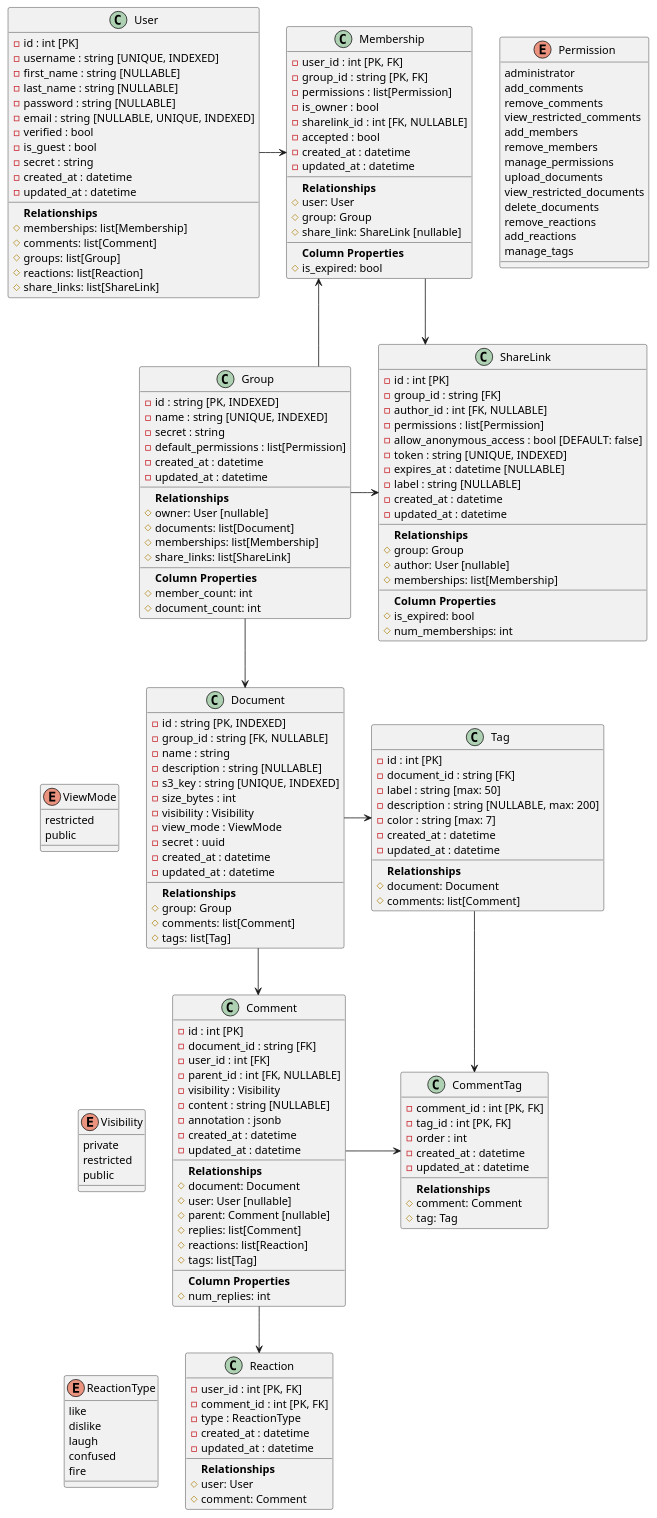
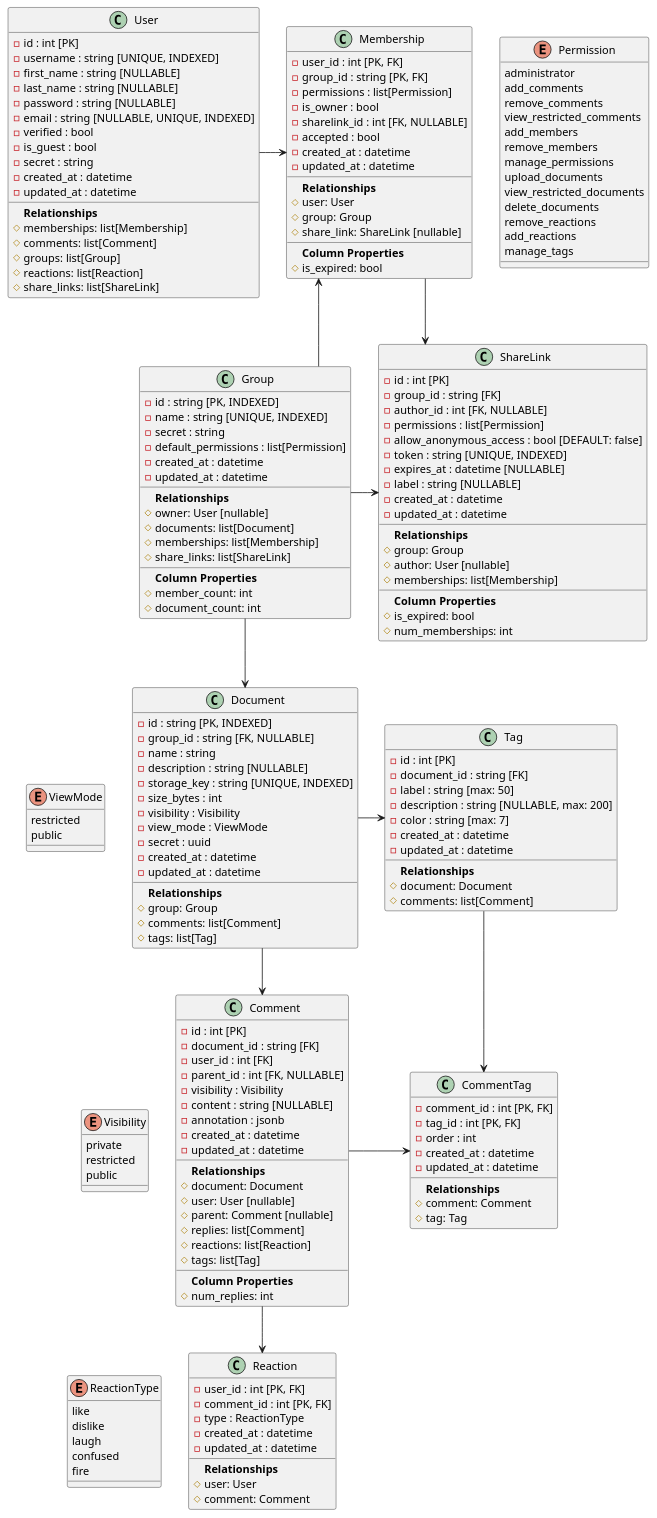
The diagram in docs/schema.puml (realdegrees/text.ur), drawn with PlantUML before and after one commit. The commit also changed 44 other files, not shown here.

```diff
--- a/docs/schema.puml
+++ b/docs/schema.puml
@@ -94,7 +94,7 @@
     - group_id : string [FK, NULLABLE]
     - name : string
     - description : string [NULLABLE]
-    - s3_key : string [UNIQUE, INDEXED]
+    - storage_key : string [UNIQUE, INDEXED]
     - size_bytes : int
     - visibility : Visibility
     - view_mode : ViewMode
```
